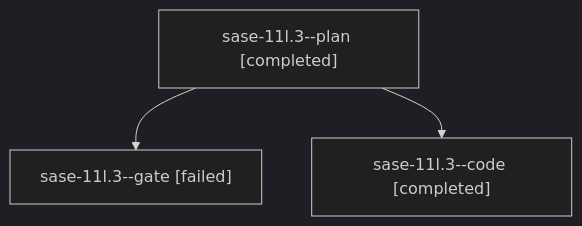
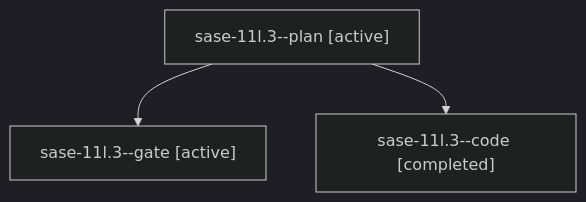
Before and after one commit to sase-org/sase--agents: the diagram in families/bbugyi200.athena.sase-11l.3.md, drawn with Mermaid (dark theme). The commit also changed other lines of this file and 192 other files, not shown here.

````diff
--- a/families/bbugyi200.athena.sase-11l.3.md
+++ b/families/bbugyi200.athena.sase-11l.3.md
@@ -9,8 +9,8 @@
 ```mermaid
 flowchart TD
-  n0["sase-11l.3--plan [completed]"]
-  n1["sase-11l.3--gate [failed]"]
+  n0["sase-11l.3--plan [active]"]
+  n1["sase-11l.3--gate [active]"]
   n0 --> n1
   n2["sase-11l.3--code [completed]"]
   n0 --> n2
 ```
````
